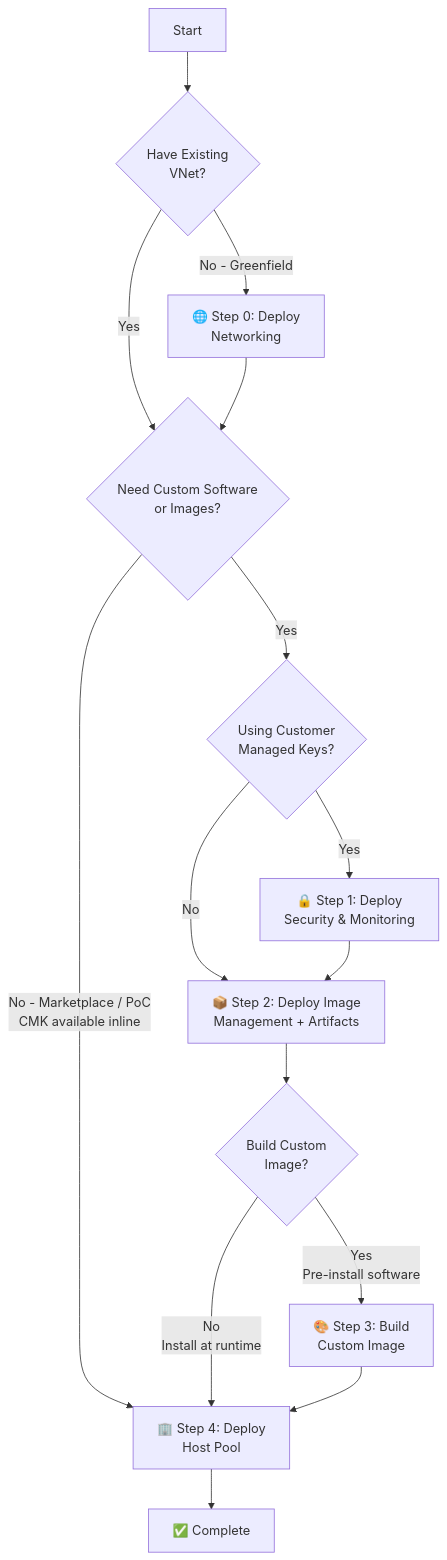
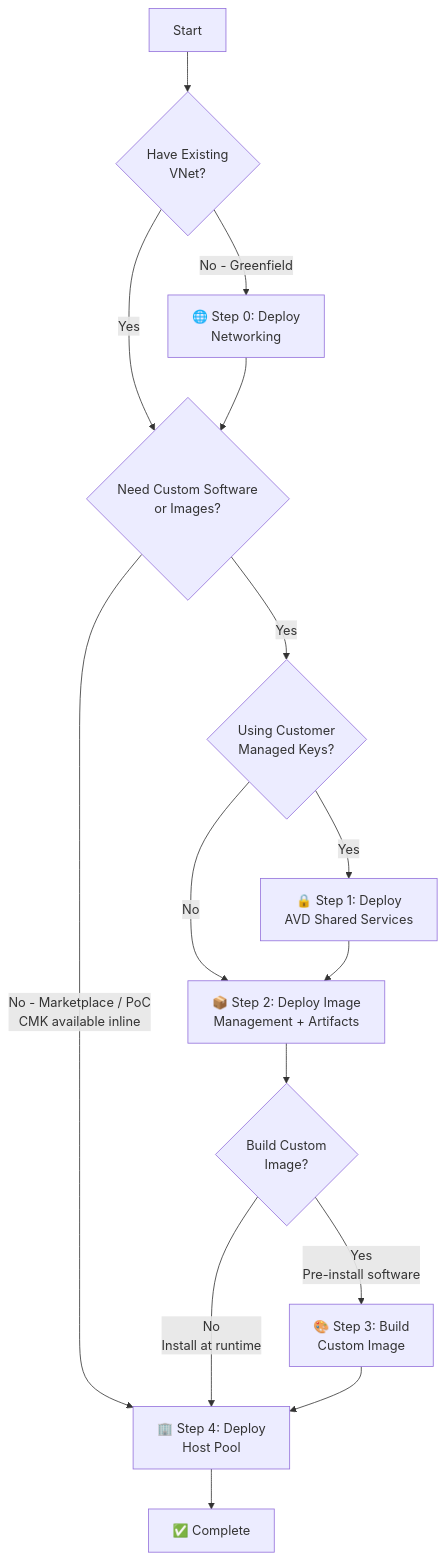
One commit to Azure/FederalAVD changed the first of 2 diagrams in docs/quick-start.md. Above: the diagram before and after it, drawn with Mermaid. The commit also changed other lines of this file and 109 other files, not shown here.

````diff
--- a/docs/quick-start.md
+++ b/docs/quick-start.md
@@ -98,17 +98,17 @@
 ```mermaid
 graph TD
     A[Start] --> B{Have Existing<br/>VNet?}
     B -->|No - Greenfield| C[🌐 Step 0: Deploy<br/>Networking]
     B -->|Yes| CUST
     C --> CUST
     CUST{Need Custom Software<br/>or Images?} -->|No - Marketplace / PoC<br/>CMK available inline| HP
     CUST -->|Yes| CMK{Using Customer<br/>Managed Keys?}
-    CMK -->|Yes| KV[🔒 Step 1: Deploy<br/>Security & Monitoring]
+    CMK -->|Yes| KV[🔒 Step 1: Deploy<br/>AVD Shared Services]
     CMK -->|No| IMG
     KV --> IMG[📦 Step 2: Deploy Image<br/>Management + Artifacts]
     IMG --> BUILD{Build Custom<br/>Image?}
     BUILD -->|Yes<br/>Pre-install software| IB[🎨 Step 3: Build<br/>Custom Image]
     BUILD -->|No<br/>Install at runtime| HP
     IB --> HP[🏢 Step 4: Deploy<br/>Host Pool]
     HP --> J[✅ Complete]
 ```
````
